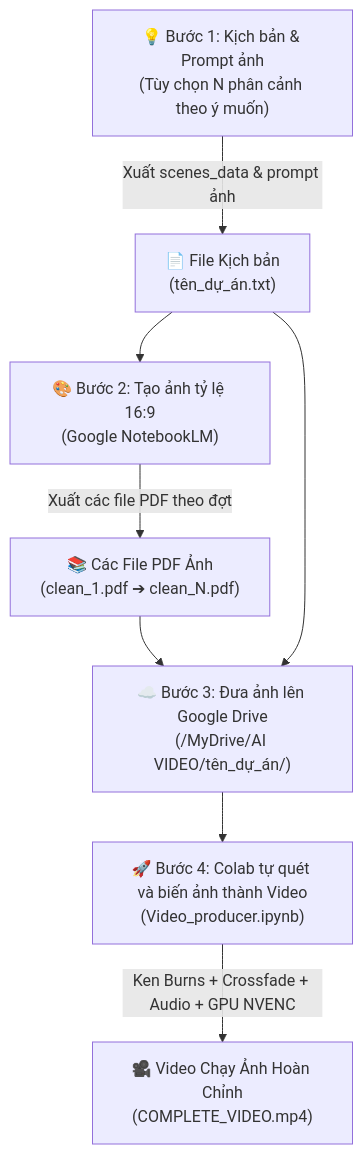
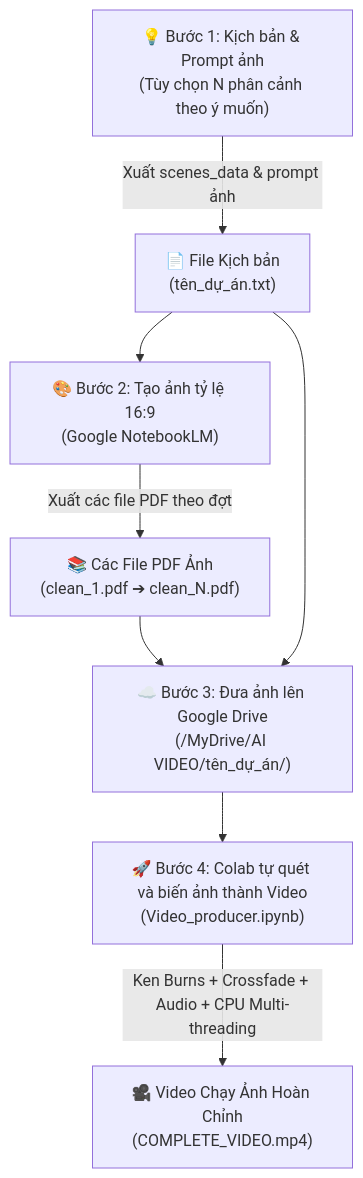
The diagram in README_VI.md (NgPcAnhh/Video_producer_automation), drawn with Mermaid before and after one commit. The commit also changed other lines of this file and 3 other files, not shown here.

Commit message:
refactor: optimize notebook for CPU multi-threading, remove theend outro, update docs and add workflow video

````diff
--- a/README_VI.md
+++ b/README_VI.md
@@ -29,10 +29,10 @@
 ```mermaid
 flowchart TD
     A["💡 Bước 1: Kịch bản & Prompt ảnh<br/>(Tùy chọn N phân cảnh theo ý muốn)"] -->|Xuất scenes_data & prompt ảnh| B["📄 File Kịch bản<br/>(tên_dự_án.txt)"]
     B --> C["🎨 Bước 2: Tạo ảnh tỷ lệ 16:9<br/>(Google NotebookLM)"]
     C -->|Xuất các file PDF theo đợt| D["📚 Các File PDF Ảnh<br/>(clean_1.pdf ➔ clean_N.pdf)"]
     D --> E["☁️ Bước 3: Đưa ảnh lên Google Drive<br/>(/MyDrive/AI VIDEO/tên_dự_án/)"]
     B --> E
     E --> F["🚀 Bước 4: Colab tự quét và biến ảnh thành Video<br/>(Video_producer.ipynb)"]
-    F -->|Ken Burns + Crossfade + Audio + GPU NVENC| G["🎥 Video Chạy Ảnh Hoàn Chỉnh<br/>(COMPLETE_VIDEO.mp4)"]
+    F -->|Ken Burns + Crossfade + Audio + CPU Multi-threading| G["🎥 Video Chạy Ảnh Hoàn Chỉnh<br/>(COMPLETE_VIDEO.mp4)"]
 ```
````
